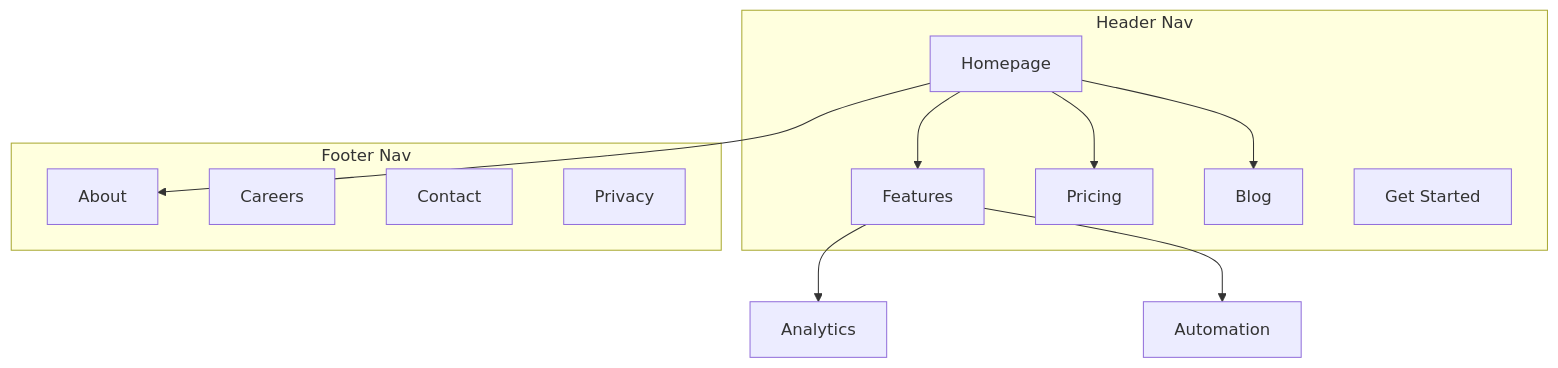
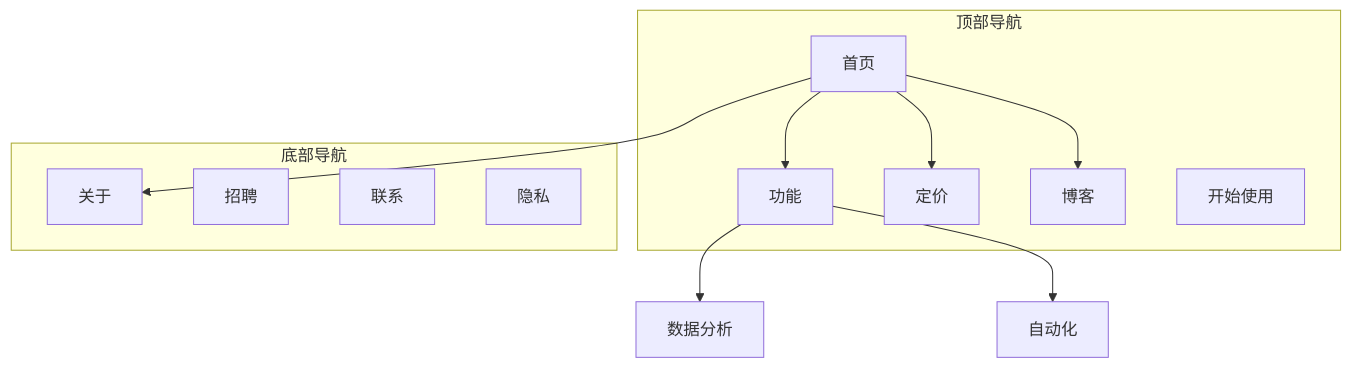
One commit to norahe0304-art/30x-seo-cn changed the second of 2 diagrams in skills/30x-seo-architecture/SKILL.md. Above: the diagram before and after it, drawn with Mermaid. The commit also changed other lines of this file and 22 other files, not shown here.

````diff
--- a/skills/30x-seo-architecture/SKILL.md
+++ b/skills/30x-seo-architecture/SKILL.md
@@ -236,25 +235,25 @@
 ```mermaid
 graph TD
-    subgraph Header Nav
-        HOME[Homepage]
-        FEAT[Features]
-        PRICE[Pricing]
-        BLOG[Blog]
-        CTA[Get Started]
+    subgraph 顶部导航
+        HOME[首页]
+        FEAT[功能]
+        PRICE[定价]
+        BLOG[博客]
+        CTA[开始使用]
     end
 
-    subgraph Footer Nav
-        ABOUT[About]
-        CAREERS[Careers]
-        CONTACT[Contact]
-        PRIVACY[Privacy]
+    subgraph 底部导航
+        ABOUT[关于]
+        CAREERS[招聘]
+        CONTACT[联系]
+        PRIVACY[隐私]
     end
 
     HOME --> FEAT
     HOME --> PRICE
     HOME --> BLOG
     HOME --> ABOUT
 
-    FEAT --> F1[Analytics]
-    FEAT --> F2[Automation]
+    FEAT --> F1[数据分析]
+    FEAT --> F2[自动化]
 ```
````
